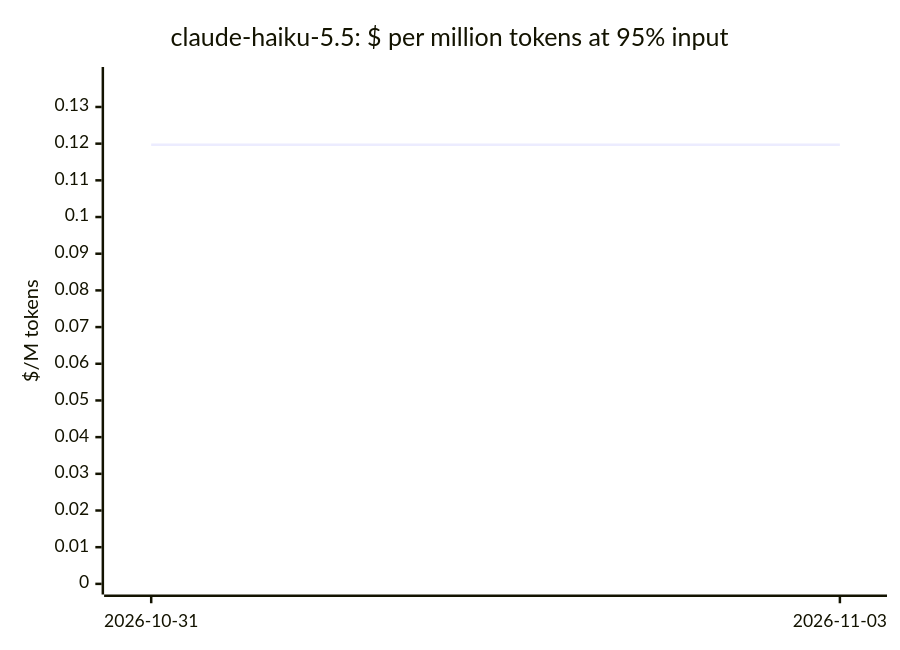
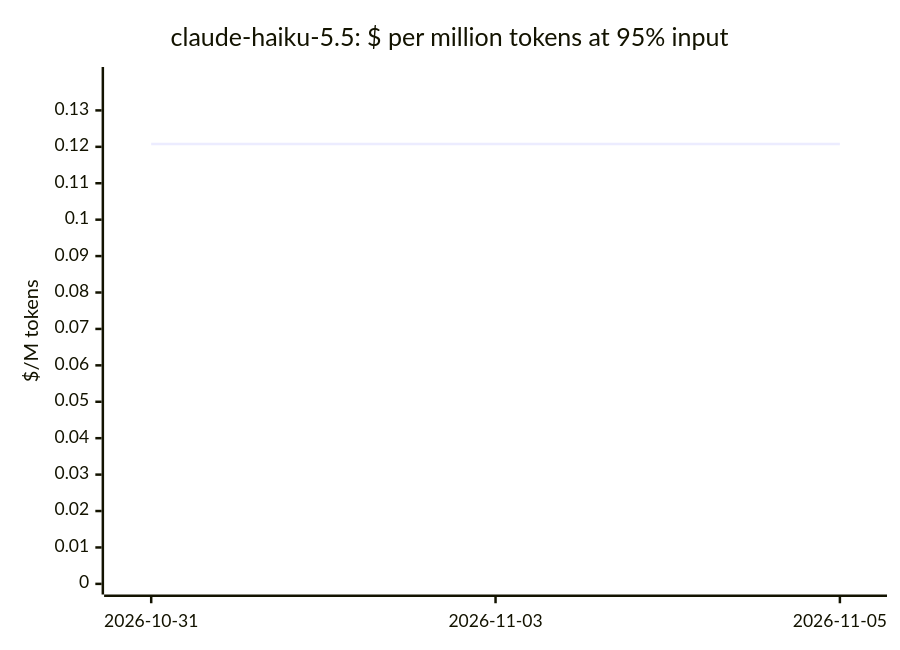
Before and after one commit to cklukas/OMEGA_TRANSFORM: the fifth of 20 diagrams in docs/openrouter-models.md, drawn with Mermaid. The commit also changed other lines of this file and 291 other files, not shown here.

````diff
--- a/docs/openrouter-models.md
+++ b/docs/openrouter-models.md
@@ -176,7 +177,7 @@
 ```mermaid
 xychart-beta
     title "claude-haiku-5.5: $ per million tokens at 95% input"
-    x-axis ["2026-10-31", "2026-11-03"]
-    y-axis "$/M tokens" 0 --> 0.138
-    line [0.1197, 0.1197]
+    x-axis ["2026-10-31", "2026-11-03", "2026-11-05"]
+    y-axis "$/M tokens" 0 --> 0.139
+    line [0.1208, 0.1208, 0.1208]
 ```
````
